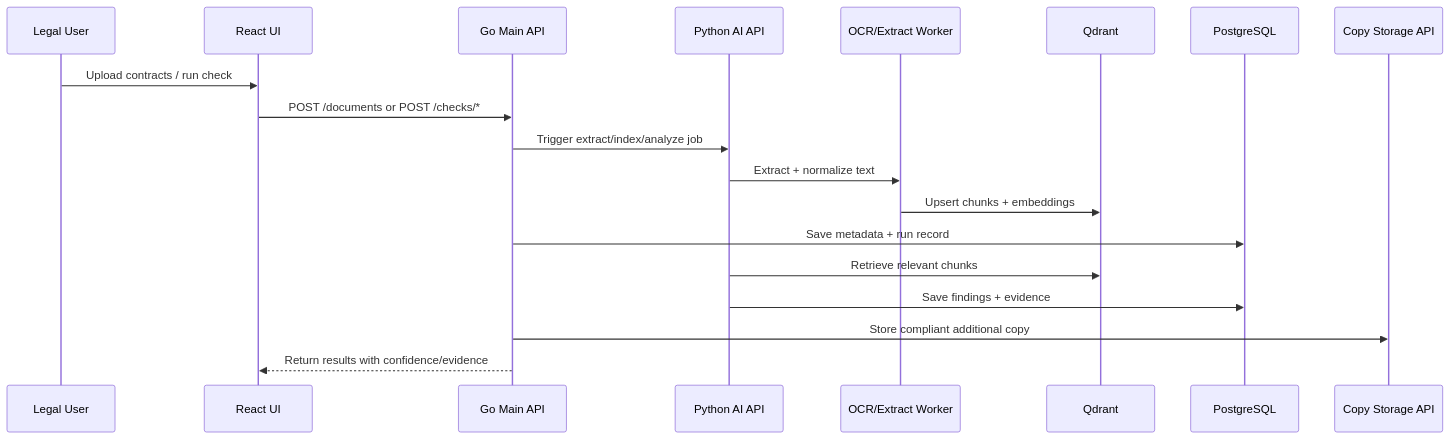
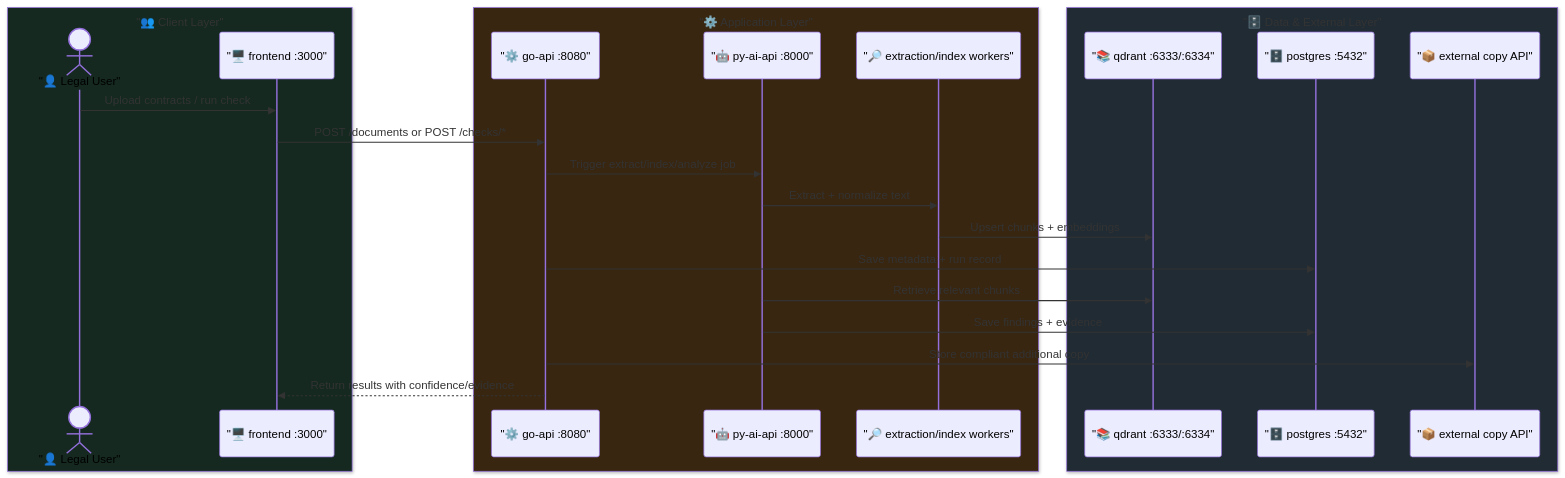
One commit to tot-ra/intellegal changed the second of 3 diagrams in README.md. Above: the diagram before and after it, drawn with Mermaid. The commit also changed other lines of this file and 9 other files, not shown here.

````diff
--- a/README.md
+++ b/README.md
@@ -263,22 +210,28 @@
 ```mermaid
 sequenceDiagram
-    participant User as Legal User
-    participant UI as React UI
-    participant API as Go Main API
-    participant AI as Python AI API
-    participant X as OCR/Extract Worker
-    participant Q as Qdrant
-    participant DB as PostgreSQL
-    participant C as Copy Storage API
+    box rgb(21,41,32) "👥 Client Layer"
+        actor User as "👤 Legal User"
+        participant UI as "🖥️ frontend :3000"
+    end
+    box rgb(56,38,17) "⚙️ Application Layer"
+        participant API as "⚙️ go-api :8080"
+        participant AI as "🤖 py-ai-api :8000"
+        participant X as "🔎 extraction/index workers"
+    end
+    box rgb(33,43,51) "🗄️ Data & External Layer"
+        participant Q as "📚 qdrant :6333/:6334"
+        participant DB as "🗄️ postgres :5432"
+        participant C as "📦 external copy API"
+    end
 
     User->>UI: Upload contracts / run check
     UI->>API: POST /documents or POST /checks/*
     API->>AI: Trigger extract/index/analyze job
     AI->>X: Extract + normalize text
     X->>Q: Upsert chunks + embeddings
     API->>DB: Save metadata + run record
     AI->>Q: Retrieve relevant chunks
     AI->>DB: Save findings + evidence
     API->>C: Store compliant additional copy
     API-->>UI: Return results with confidence/evidence
 ```
````
